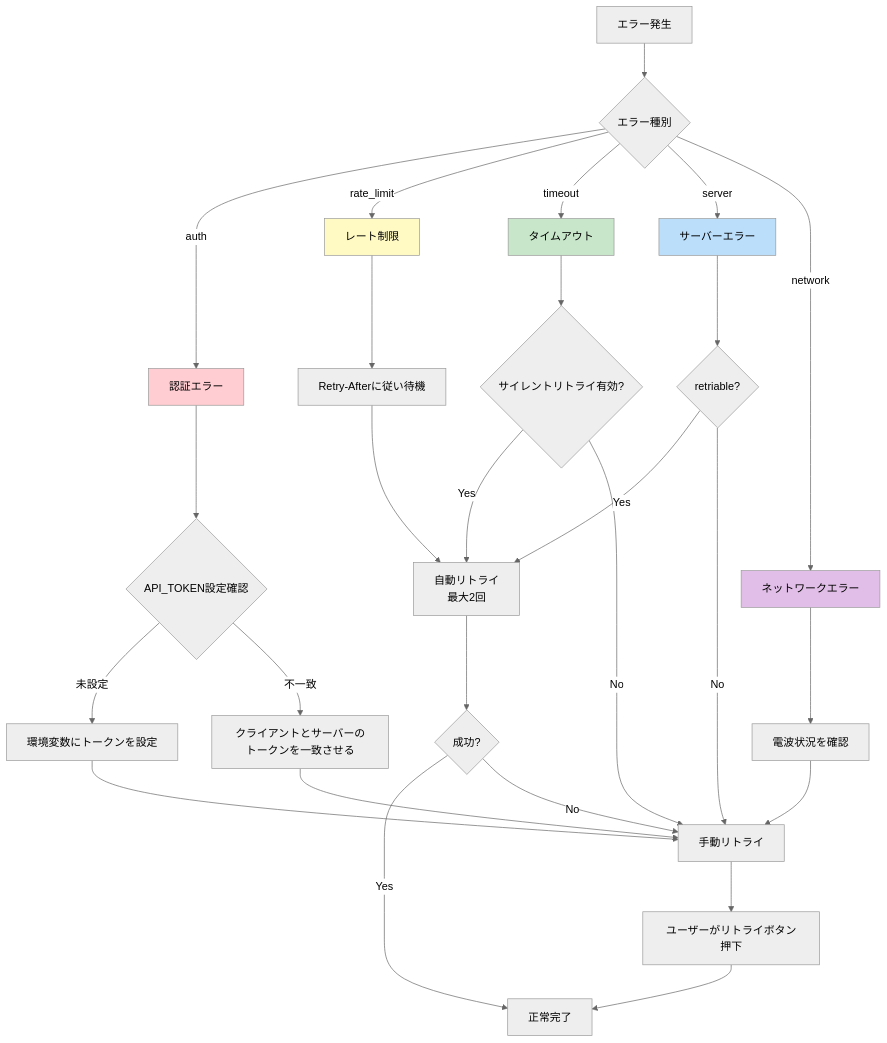
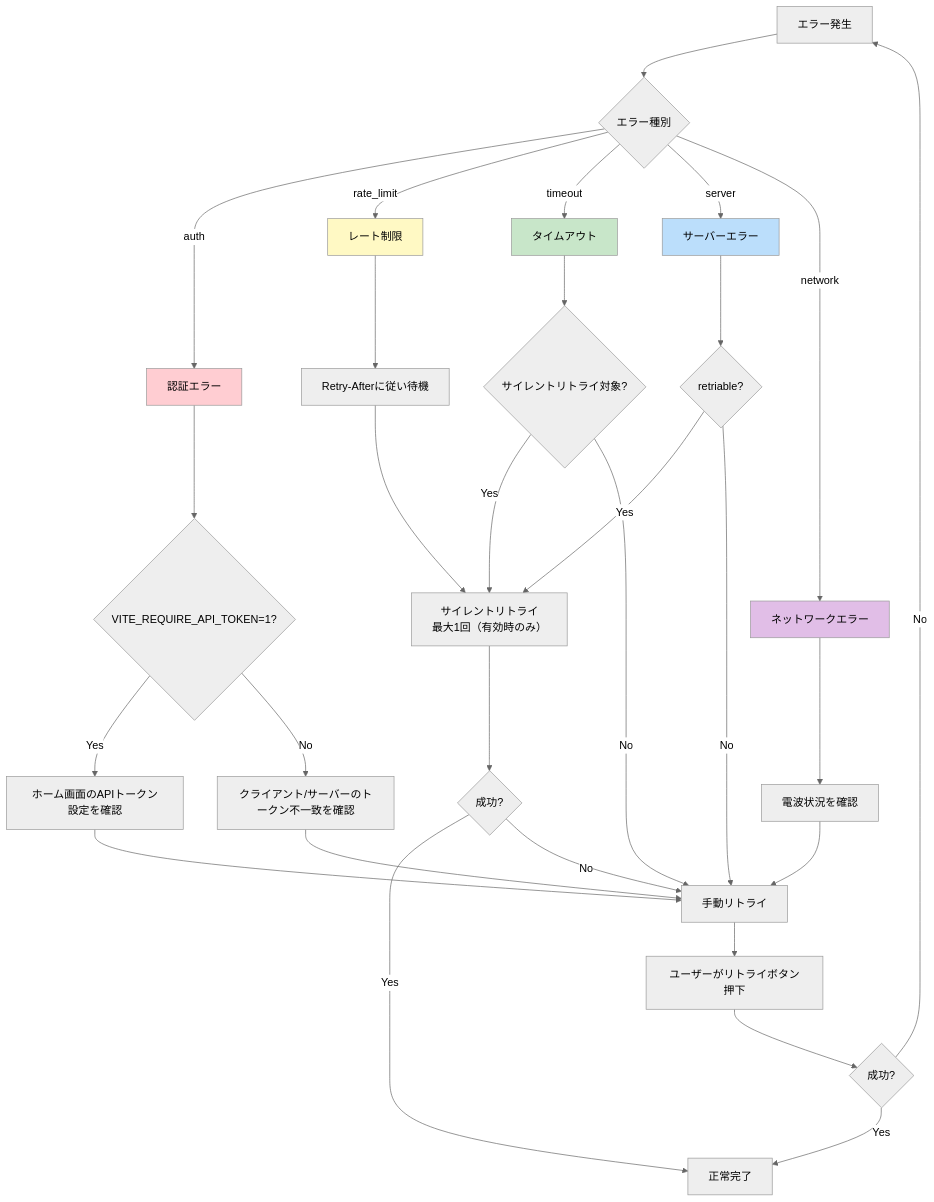
One commit to Ibar-Aki/solar-aldrin changed diagram 12 of 16 in apps/v2-modern/docs/00_overview/00_Master_Technical_Reference.md. Above: the diagram before and after it, drawn with Mermaid (neutral theme). The commit also changed other lines of this file and 13 other files, not shown here.

````diff
--- a/apps/v2-modern/docs/00_overview/00_Master_Technical_Reference.md
+++ b/apps/v2-modern/docs/00_overview/00_Master_Technical_Reference.md
@@ -1035,42 +1039,44 @@
 ```mermaid
 flowchart TD
     START[エラー発生] --> CLASSIFY{エラー種別}
     
     CLASSIFY -->|auth| AUTH[認証エラー]
-    AUTH --> AUTH_CHECK{API_TOKEN設定確認}
-    AUTH_CHECK -->|未設定| AUTH_SET[環境変数にトークンを設定]
-    AUTH_CHECK -->|不一致| AUTH_MATCH[クライアントとサーバーのトークンを一致させる]
+    AUTH --> AUTH_CHECK{VITE_REQUIRE_API_TOKEN=1?}
+    AUTH_CHECK -->|Yes| AUTH_SET[ホーム画面のAPIトークン設定を確認]
+    AUTH_CHECK -->|No| AUTH_MATCH[クライアント/サーバーのトークン不一致を確認]
     AUTH_SET --> RETRY_MANUAL[手動リトライ]
     AUTH_MATCH --> RETRY_MANUAL
     
     CLASSIFY -->|rate_limit| RATE[レート制限]
     RATE --> RATE_WAIT[Retry-Afterに従い待機]
-    RATE_WAIT --> RETRY_AUTO[自動リトライ<br/>最大2回]
+    RATE_WAIT --> RETRY_AUTO[サイレントリトライ<br/>最大1回（有効時のみ）]
     
     CLASSIFY -->|timeout| TIMEOUT[タイムアウト]
-    TIMEOUT --> TIMEOUT_CHECK{サイレントリトライ有効?}
+    TIMEOUT --> TIMEOUT_CHECK{サイレントリトライ対象?}
     TIMEOUT_CHECK -->|Yes| RETRY_AUTO
     TIMEOUT_CHECK -->|No| RETRY_MANUAL
     
     CLASSIFY -->|server| SERVER[サーバーエラー]
     SERVER --> SERVER_CHECK{retriable?}
     SERVER_CHECK -->|Yes| RETRY_AUTO
     SERVER_CHECK -->|No| RETRY_MANUAL
     
     CLASSIFY -->|network| NETWORK[ネットワークエラー]
     NETWORK --> NETWORK_MSG[電波状況を確認]
     NETWORK_MSG --> RETRY_MANUAL
     
     RETRY_AUTO --> SUCCESS{成功?}
     SUCCESS -->|Yes| DONE[正常完了]
     SUCCESS -->|No| RETRY_MANUAL
     
     RETRY_MANUAL --> USER_ACTION[ユーザーがリトライボタン押下]
-    USER_ACTION --> DONE
+    USER_ACTION --> MANUAL_RESULT{成功?}
+    MANUAL_RESULT -->|Yes| DONE
+    MANUAL_RESULT -->|No| START
     
     style AUTH fill:#ffcdd2
     style RATE fill:#fff9c4
     style TIMEOUT fill:#c8e6c9
     style SERVER fill:#bbdefb
     style NETWORK fill:#e1bee7
 ```
````
